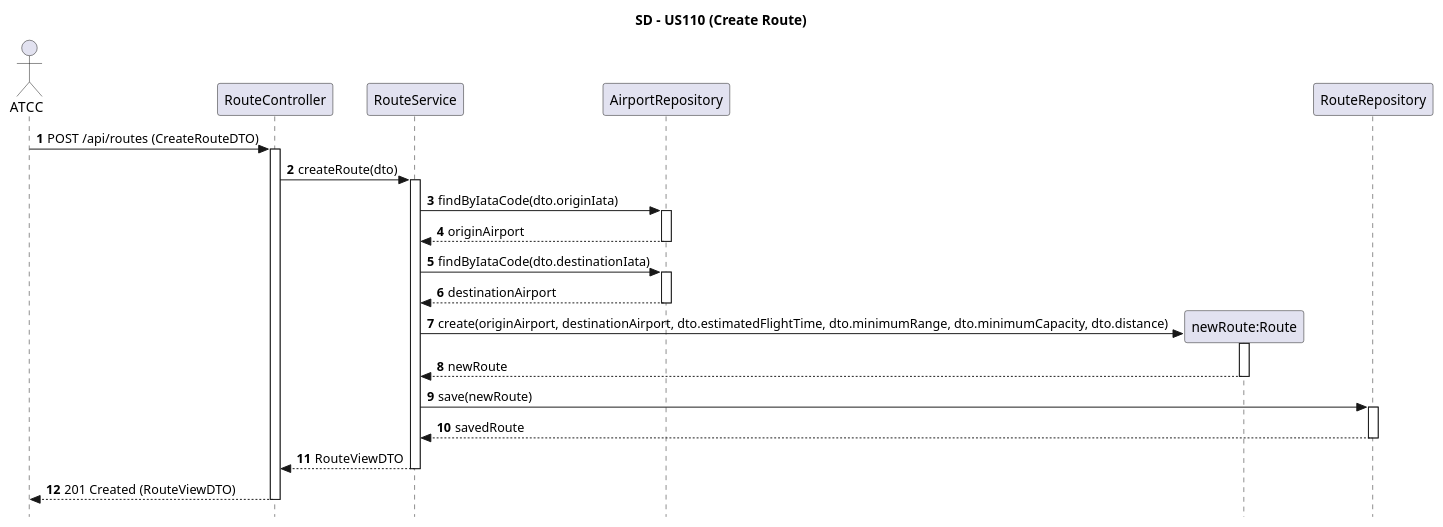
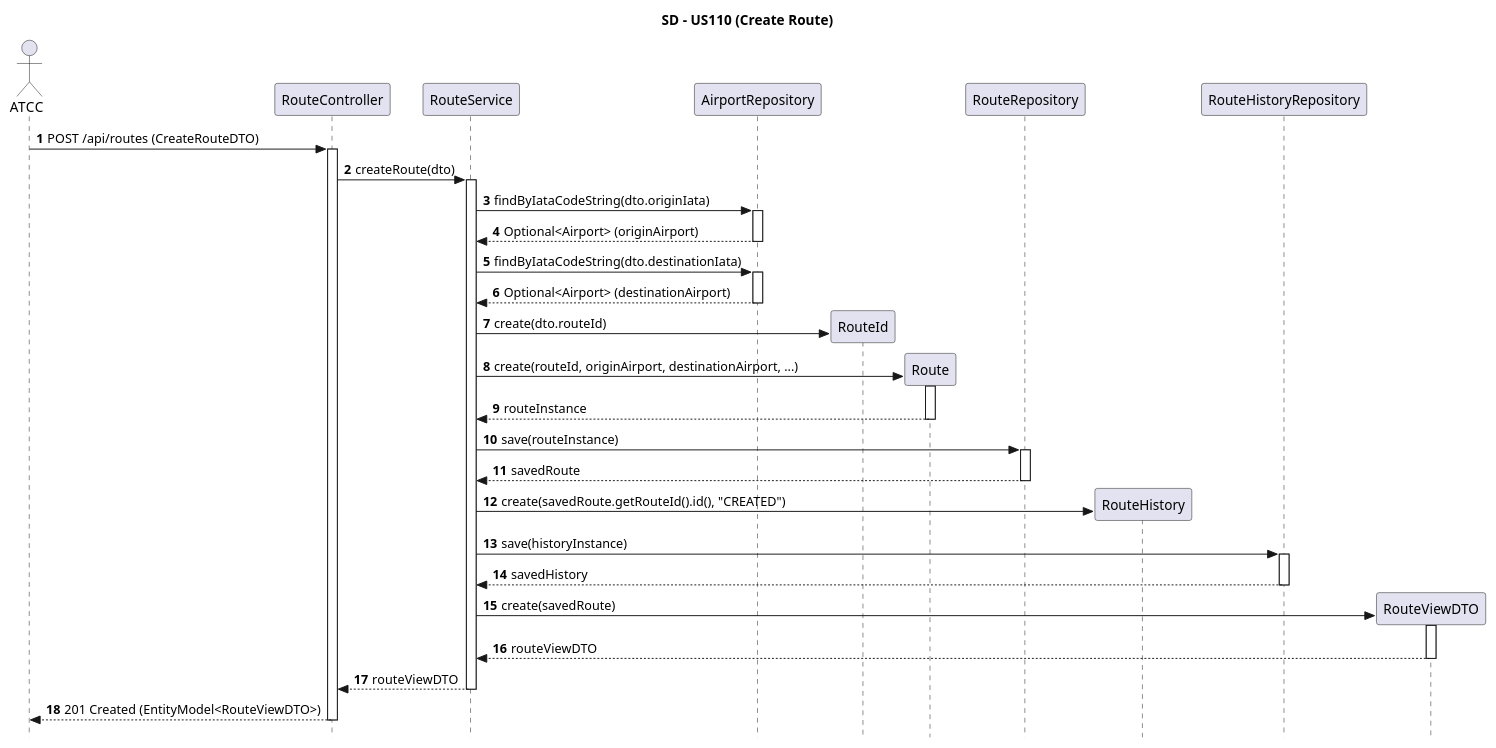
One commit to anamartasilvaa/PSOFT_AISafe_Flight changed the diagram in docs/WP#3A - Flight Routes, Flight Operations/US110/US110-SD.puml. Above: the diagram before and after it, drawn with PlantUML. The commit also changed 3 other files, not shown here.

Commit message:
correcao final diagramas us110

```diff
--- a/docs/WP#3A - Flight Routes, Flight Operations/US110/US110-SD.puml
+++ b/docs/WP#3A - Flight Routes, Flight Operations/US110/US110-SD.puml
@@ -1,44 +1,62 @@
 @startuml
 skinparam style strictuml
 autonumber
-actor "ATCC" as User
-participant "RouteController" as Ctrl
-participant "RouteService" as Svc
+
+actor "ATCC" as ATCC
+participant "RouteController" as Controller
+participant "RouteService" as Service
 participant "AirportRepository" as AirportRepo
-participant "newRoute:Route" as Route
-participant "RouteRepository" as RouteRepo
+participant "RouteId" as RouteIdVO
+participant "Route" as Route
+participant "RouteRepository" as Repo
+participant "RouteHistory" as History
+participant "RouteHistoryRepository" as HistoryRepo
+participant "RouteViewDTO" as ViewDTO
 
 title SD - US110 (Create Route)
 
-User -> Ctrl : POST /api/routes (CreateRouteDTO)
-activate Ctrl
+ATCC -> Controller : POST /api/routes (CreateRouteDTO)
+activate Controller
 
-Ctrl -> Svc : createRoute(dto)
-activate Svc
+Controller -> Service : createRoute(dto)
+activate Service
 
-Svc -> AirportRepo : findByIataCode(dto.originIata)
+Service -> AirportRepo : findByIataCodeString(dto.originIata)
 activate AirportRepo
-AirportRepo --> Svc : originAirport
+AirportRepo --> Service : Optional<Airport> (originAirport)
 deactivate AirportRepo
 
-Svc -> AirportRepo : findByIataCode(dto.destinationIata)
+Service -> AirportRepo : findByIataCodeString(dto.destinationIata)
 activate AirportRepo
-AirportRepo --> Svc : destinationAirport
+AirportRepo --> Service : Optional<Airport> (destinationAirport)
 deactivate AirportRepo
 
-Svc -> Route ** : create(originAirport, destinationAirport, dto.estimatedFlightTime, dto.minimumRange, dto.minimumCapacity, dto.distance)
+Service -> RouteIdVO ** : create(dto.routeId)
+Service -> Route ** : create(routeId, originAirport, destinationAirport, ...)
 activate Route
-Route --> Svc : newRoute
+Route --> Service : routeInstance
 deactivate Route
 
-Svc -> RouteRepo : save(newRoute)
-activate RouteRepo
-RouteRepo --> Svc : savedRoute
-deactivate RouteRepo
+Service -> Repo : save(routeInstance)
+activate Repo
+Repo --> Service : savedRoute
+deactivate Repo
 
-Svc --> Ctrl : RouteViewDTO
-deactivate Svc
+Service -> History ** : create(savedRoute.getRouteId().id(), "CREATED")
+Service -> HistoryRepo : save(historyInstance)
+activate HistoryRepo
+HistoryRepo --> Service : savedHistory
+deactivate HistoryRepo
 
-Ctrl --> User : 201 Created (RouteViewDTO)
-deactivate Ctrl
+Service -> ViewDTO ** : create(savedRoute)
+activate ViewDTO
+ViewDTO --> Service : routeViewDTO
+deactivate ViewDTO
+
+Service --> Controller : routeViewDTO
+deactivate Service
+
+Controller --> ATCC : 201 Created (EntityModel<RouteViewDTO>)
+deactivate Controller
+
 @enduml
```
